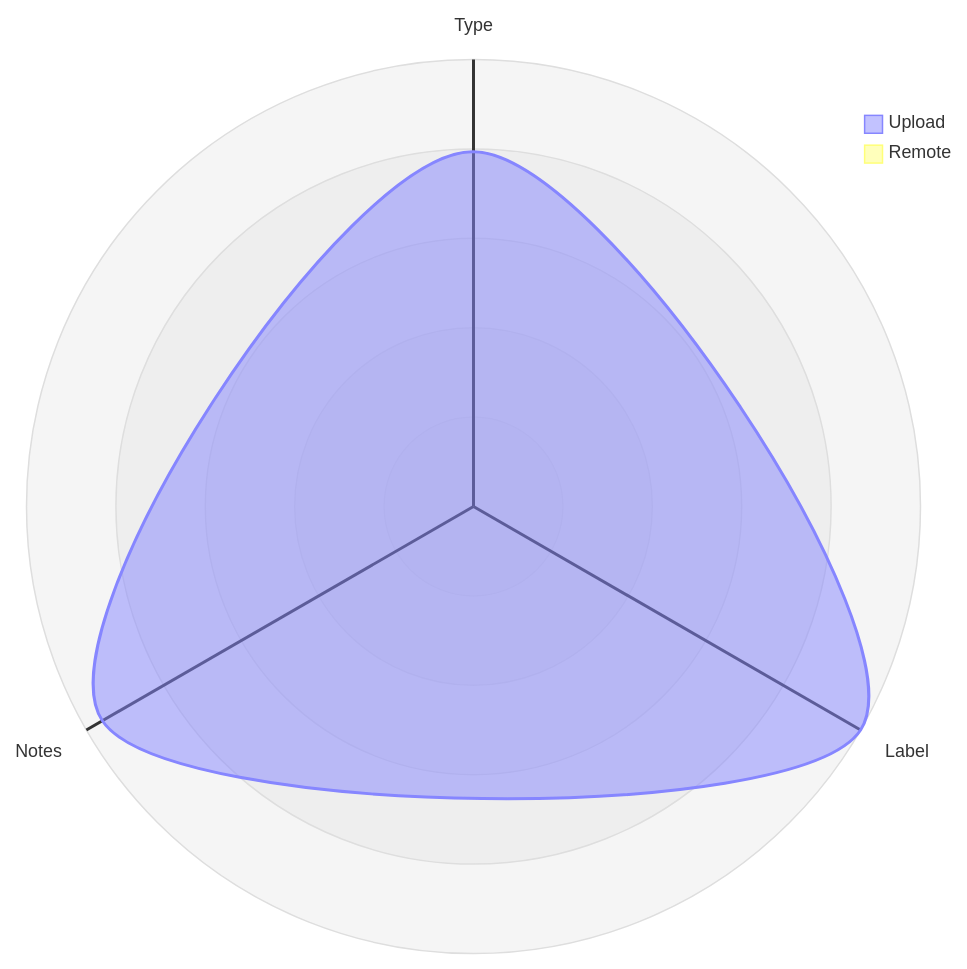
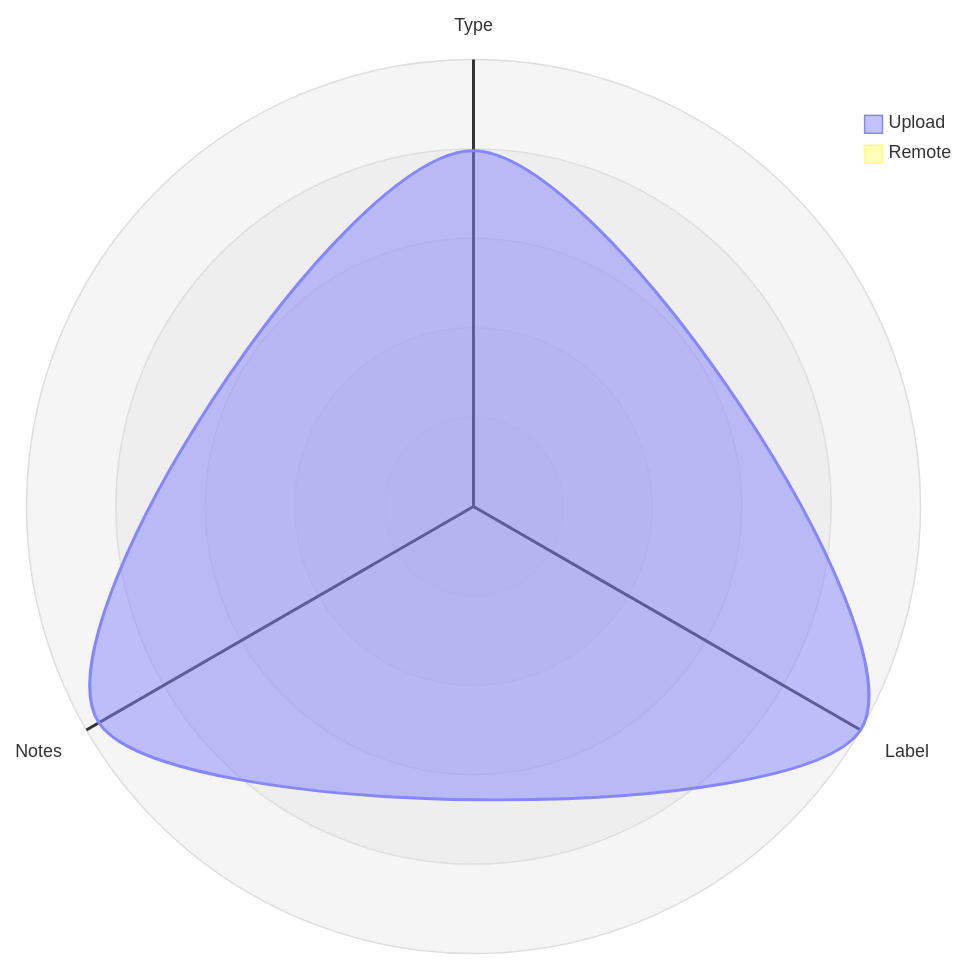
Before and after one commit to open-data/analytics-corporate-reporting: the third of 5 diagrams in datastore_tracker/README.md, drawn with Mermaid. The commit also changed other lines of this file and 9 other files, not shown here.

````diff
--- a/datastore_tracker/README.md
+++ b/datastore_tracker/README.md
@@ -104,12 +104,12 @@
 ```mermaid
 radar-beta
   axis T["Type"], L["Label"], N["Notes"]
-  curve u["Upload"]{0.00077, 0.00097, 0.00093}
+  curve u["Upload"]{0.00074, 0.00093, 0.0009}
   curve r["Remote"]{0, 0, 0}
 
   showLegend true
 
   min 0
   graticule circle
   ticks 5
 ```
````
